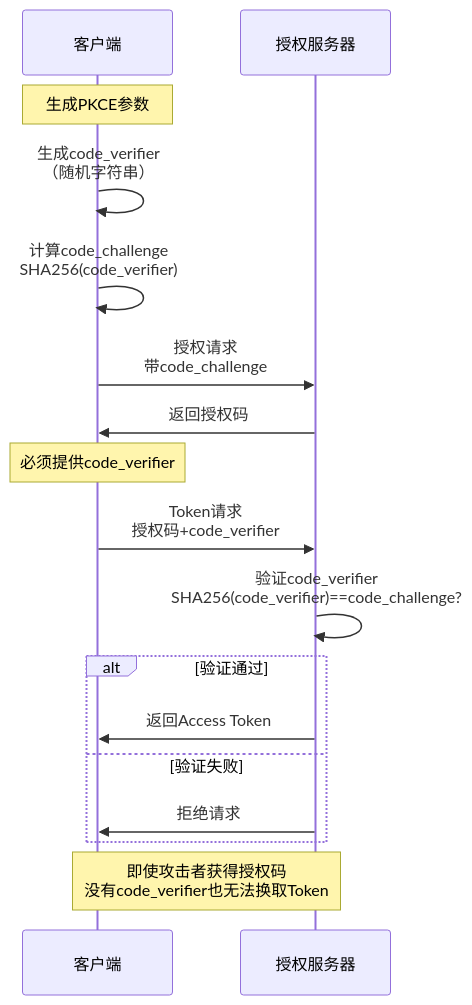
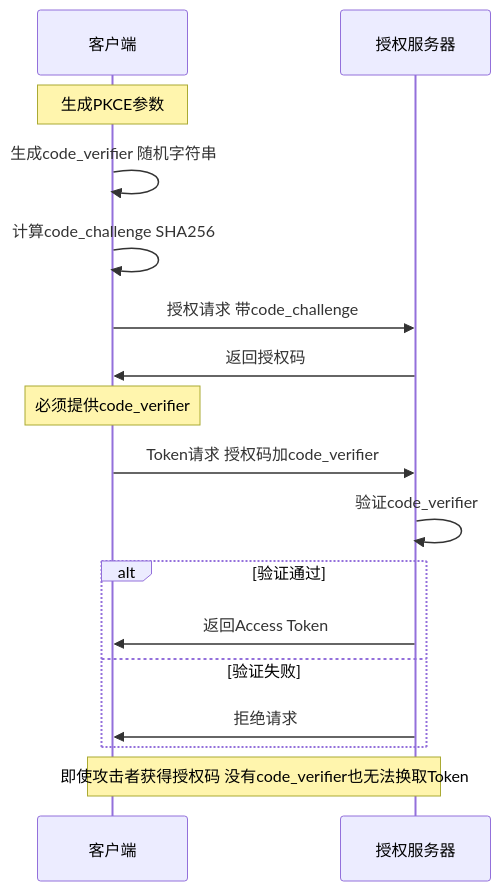
Before and after one commit to SilenceDiors/silencediors.github.io: the sixth of 6 diagrams in _posts/2025-11-26-mcp-oauth-threat-analysis.md, drawn with Mermaid. The commit also changed other lines of this file and 4 other files, not shown here.

Commit message:
Fix mermaid rendering: unify diagrams to fenced code blocks, robust JS converter

````diff
--- a/_posts/2025-11-26-mcp-oauth-threat-analysis.md
+++ b/_posts/2025-11-26-mcp-oauth-threat-analysis.md
@@ -415,24 +402,24 @@
-<div class="mermaid">
+```mermaid
 sequenceDiagram
     participant Client as 客户端
     participant AS as 授权服务器
-    
+
     Note over Client: 生成PKCE参数
-    Client->>Client: 生成code_verifier<br/>（随机字符串）
-    Client->>Client: 计算code_challenge<br/>SHA256(code_verifier)
-    
-    Client->>AS: 授权请求<br/>带code_challenge
+    Client->>Client: 生成code_verifier 随机字符串
+    Client->>Client: 计算code_challenge SHA256
+
+    Client->>AS: 授权请求 带code_challenge
     AS->>Client: 返回授权码
-    
+
     Note over Client: 必须提供code_verifier
-    Client->>AS: Token请求<br/>授权码+code_verifier
-    AS->>AS: 验证code_verifier<br/>SHA256(code_verifier)==code_challenge?
-    
+    Client->>AS: Token请求 授权码加code_verifier
+    AS->>AS: 验证code_verifier
+
     alt 验证通过
         AS->>Client: 返回Access Token
     else 验证失败
         AS->>Client: 拒绝请求
     end
-    
-    Note over Client,AS: 即使攻击者获得授权码<br/>没有code_verifier也无法换取Token
-</div>
+
+    Note over Client,AS: 即使攻击者获得授权码 没有code_verifier也无法换取Token
+```
````
